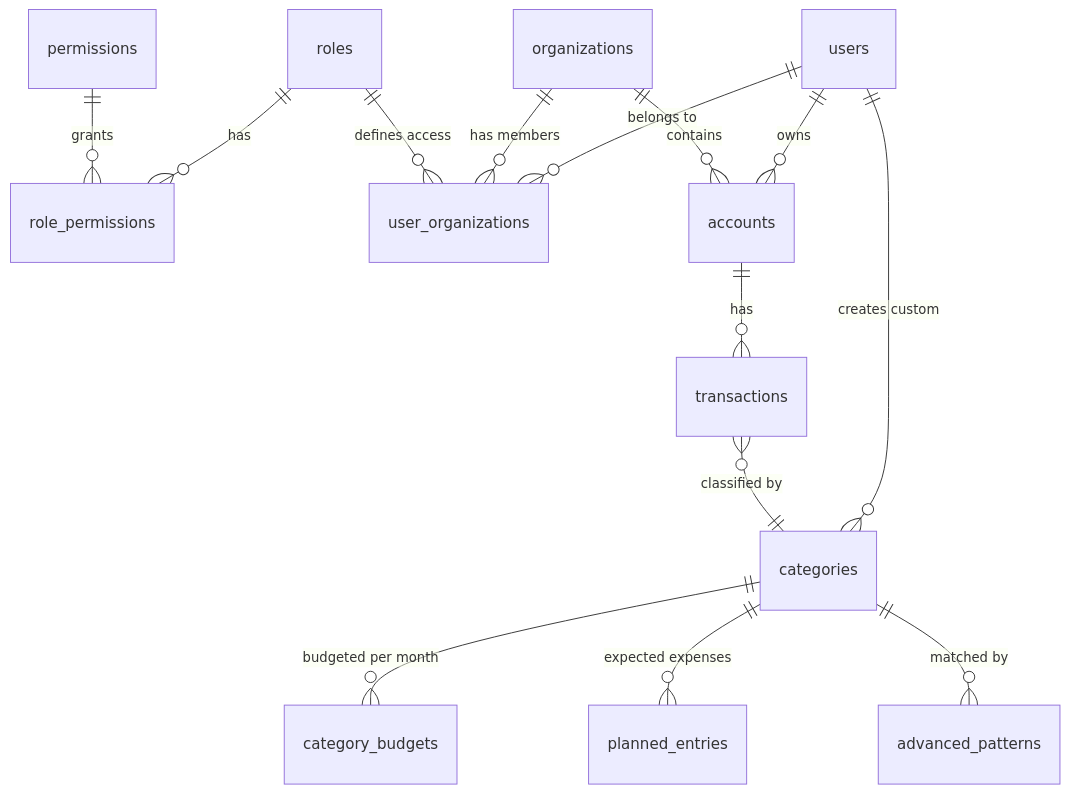
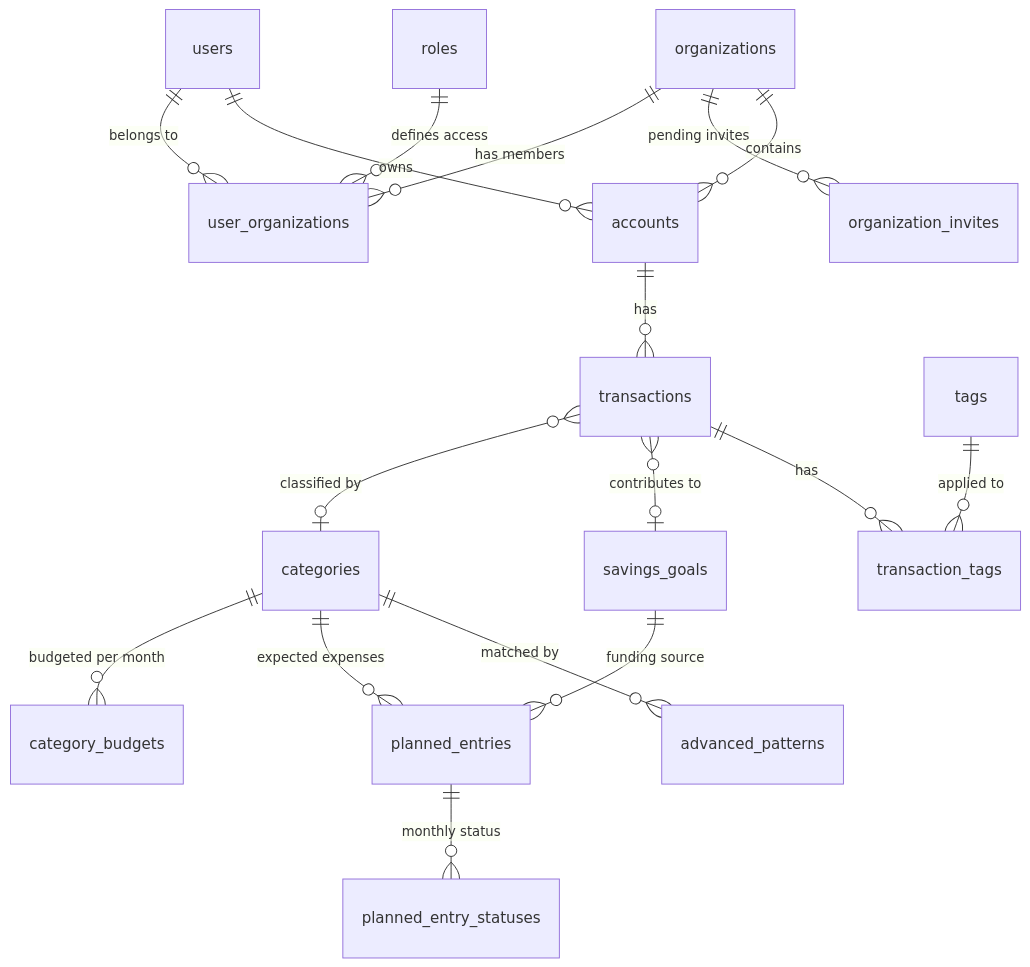
One commit to lucastamoios/celeiro changed the diagram in docs/database.md. Above: the diagram before and after it, drawn with Mermaid. The commit also changed other lines of this file and 6 other files, not shown here.

````diff
--- a/docs/database.md
+++ b/docs/database.md
@@ -5,17 +5,23 @@
 ```mermaid
 erDiagram
-    roles ||--o{ role_permissions : has
-    permissions ||--o{ role_permissions : grants
     users ||--o{ user_organizations : "belongs to"
     organizations ||--o{ user_organizations : "has members"
+    organizations ||--o{ organization_invites : "pending invites"
     roles ||--o{ user_organizations : "defines access"
 
     users ||--o{ accounts : owns
-    users ||--o{ categories : "creates custom"
     organizations ||--o{ accounts : contains
     accounts ||--o{ transactions : has
-    transactions }o--|| categories : "classified by"
+
+    transactions }o--o| categories : "classified by"
+    transactions }o--o| savings_goals : "contributes to"
+    transactions ||--o{ transaction_tags : has
+    tags ||--o{ transaction_tags : "applied to"
+
     categories ||--o{ category_budgets : "budgeted per month"
     categories ||--o{ planned_entries : "expected expenses"
     categories ||--o{ advanced_patterns : "matched by"
+
+    planned_entries ||--o{ planned_entry_statuses : "monthly status"
+    savings_goals ||--o{ planned_entries : "funding source"
 ```
````
